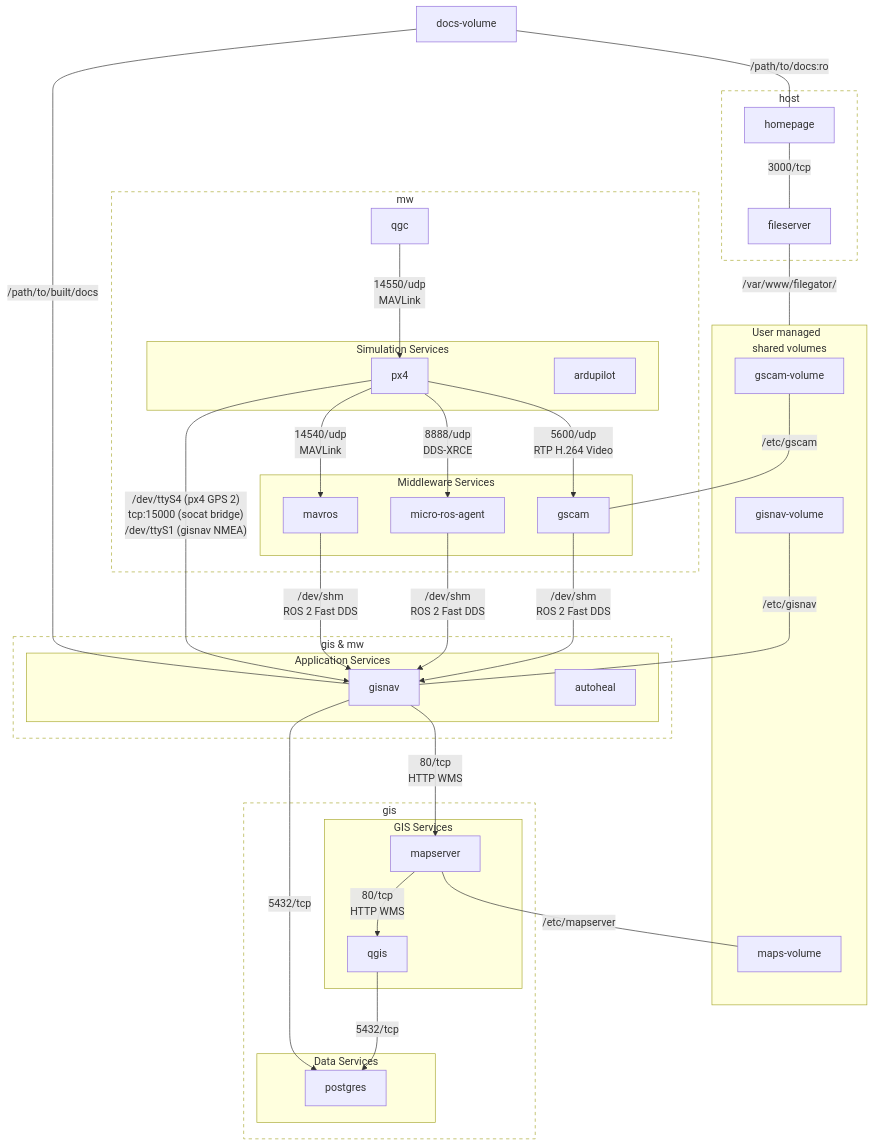
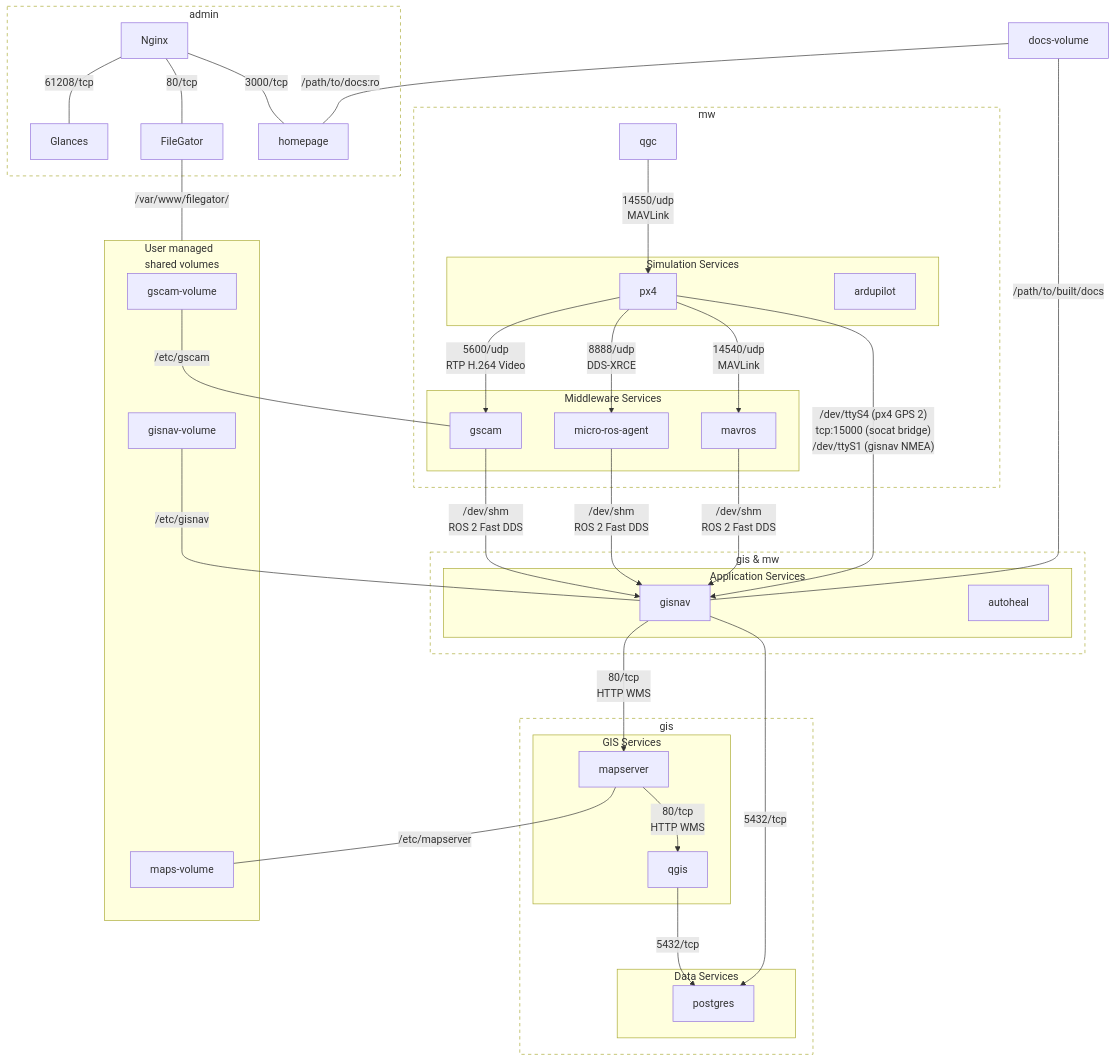
The second of 2 diagrams in docs/vitepress/docs/system-architecture.md (hmakelin/gisnav), drawn with Mermaid before and after one commit. The commit also changed 4 other files, not shown here.

````diff
--- a/docs/vitepress/docs/system-architecture.md
+++ b/docs/vitepress/docs/system-architecture.md
@@ -89,68 +89,72 @@
 ```mermaid
 graph TD
     subgraph mw ["mw"]
         mw_qgc[qgc]
         subgraph simulation ["Simulation Services"]
             simulation_px4[px4]
             simulation_ardupilot[ardupilot]
         end
         subgraph middleware ["Middleware Services"]
             middleware_mavros[mavros]
             middleware_micro_ros_agent[micro-ros-agent]
             middleware_gscam[gscam]
         end
     end
     simulation_px4 -->|"/dev/ttyS4 (px4 GPS 2)\ntcp:15000 (socat bridge)\n/dev/ttyS1 (gisnav NMEA)"| application_gisnav
 
     subgraph gis_mw ["gis & mw"]
         subgraph application ["Application Services"]
             application_gisnav[gisnav]
             application_autoheal[autoheal]
         end
     end
     subgraph gis ["gis"]
         subgraph gis_services ["GIS Services"]
             gis_mapserver[mapserver]
             gis_qgis[qgis]
         end
         subgraph data_services ["Data Services"]
             gis_postgres[postgres]
         end
     end
 
-    subgraph host ["host"]
+    subgraph admin ["admin"]
         homepage[homepage]
-        fileserver[fileserver]
+        fileserver[FileGator]
+        monitoring[Glances]
+        nginx[Nginx]
     end
 
     subgraph volumes ["User managed\nshared volumes"]
         gscam_volume[gscam-volume]
         gis_maps_volume[maps-volume]
         application_gisnav_volume[gisnav-volume]
     end
     application_docs_volume[docs-volume]
 
     mw_qgc -->|14550/udp\nMAVLink| simulation_px4
     simulation_px4 -->|14540/udp\nMAVLink| middleware_mavros
     simulation_px4 -->|8888/udp\nDDS-XRCE | middleware_micro_ros_agent
     simulation_px4 -->|5600/udp\nRTP H.264 Video| middleware_gscam
     middleware_mavros -->|/dev/shm\nROS 2 Fast DDS| application_gisnav
     middleware_micro_ros_agent -->|/dev/shm\nROS 2 Fast DDS| application_gisnav
     middleware_gscam -->|/dev/shm\nROS 2 Fast DDS| application_gisnav
     application_gisnav -->|5432/tcp| gis_postgres
 
     application_gisnav -->|80/tcp\nHTTP WMS| gis_mapserver
     gis_mapserver -->|80/tcp\nHTTP WMS| gis_qgis
     gis_qgis -->|5432/tcp| gis_postgres
     gis_mapserver ---|/etc/mapserver| gis_maps_volume
     application_gisnav_volume ---|/etc/gisnav| application_gisnav
     application_docs_volume ---|/path/to/built/docs| application_gisnav
-    homepage ---|3000/tcp| fileserver
+    nginx ---|3000/tcp| homepage
+    nginx ---|80/tcp| fileserver
+    nginx ---|61208/tcp| monitoring
     fileserver ---|"/var/www/filegator/"| volumes
     gscam_volume ---|/etc/gscam| middleware_gscam
 
     application_docs_volume ---|/path/to/docs:ro| homepage
 
     classDef network fill:transparent,stroke-dasharray:5 5;
-    class mw,gis,gis_mw,admin,admin_gis,host network
+    class mw,gis,gis_mw,admin,admin_gis network
 ```
````
